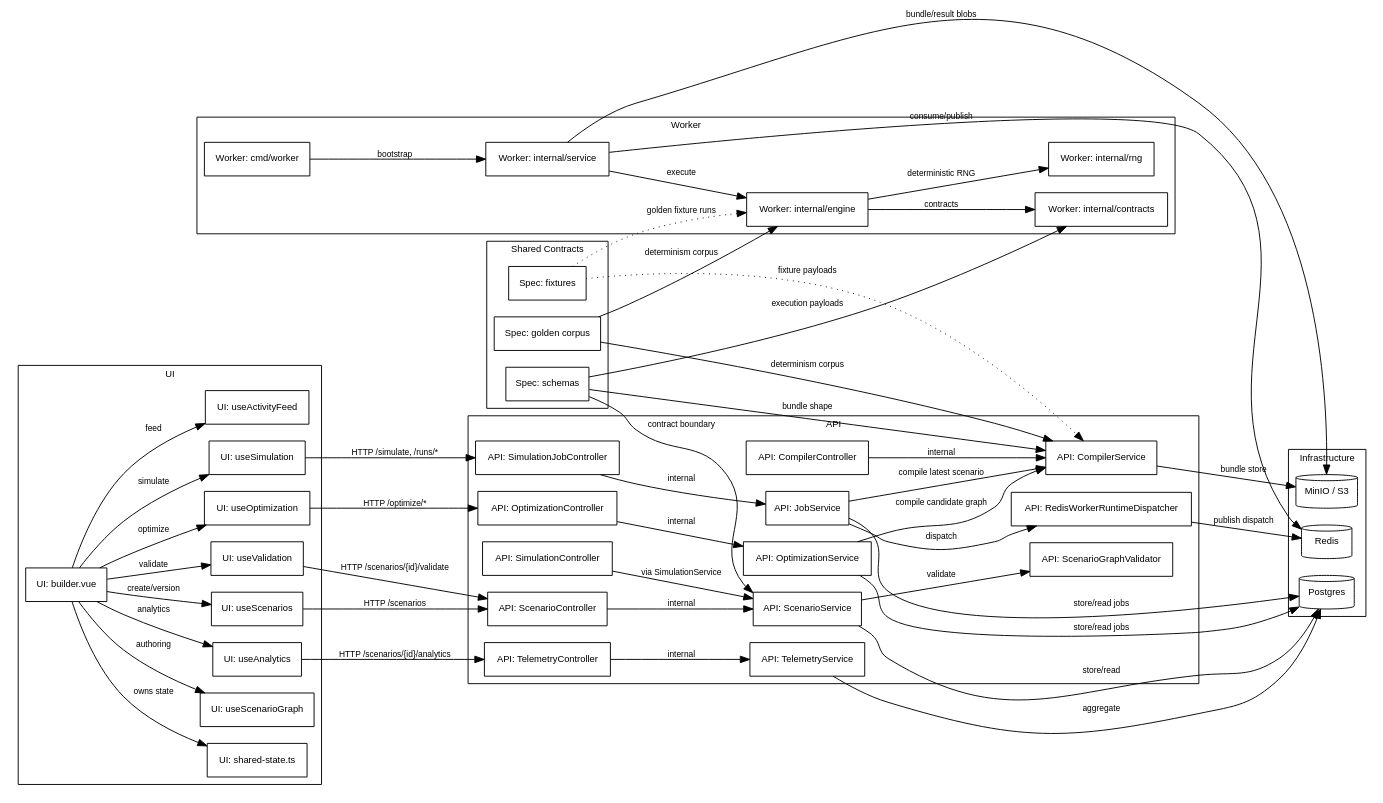
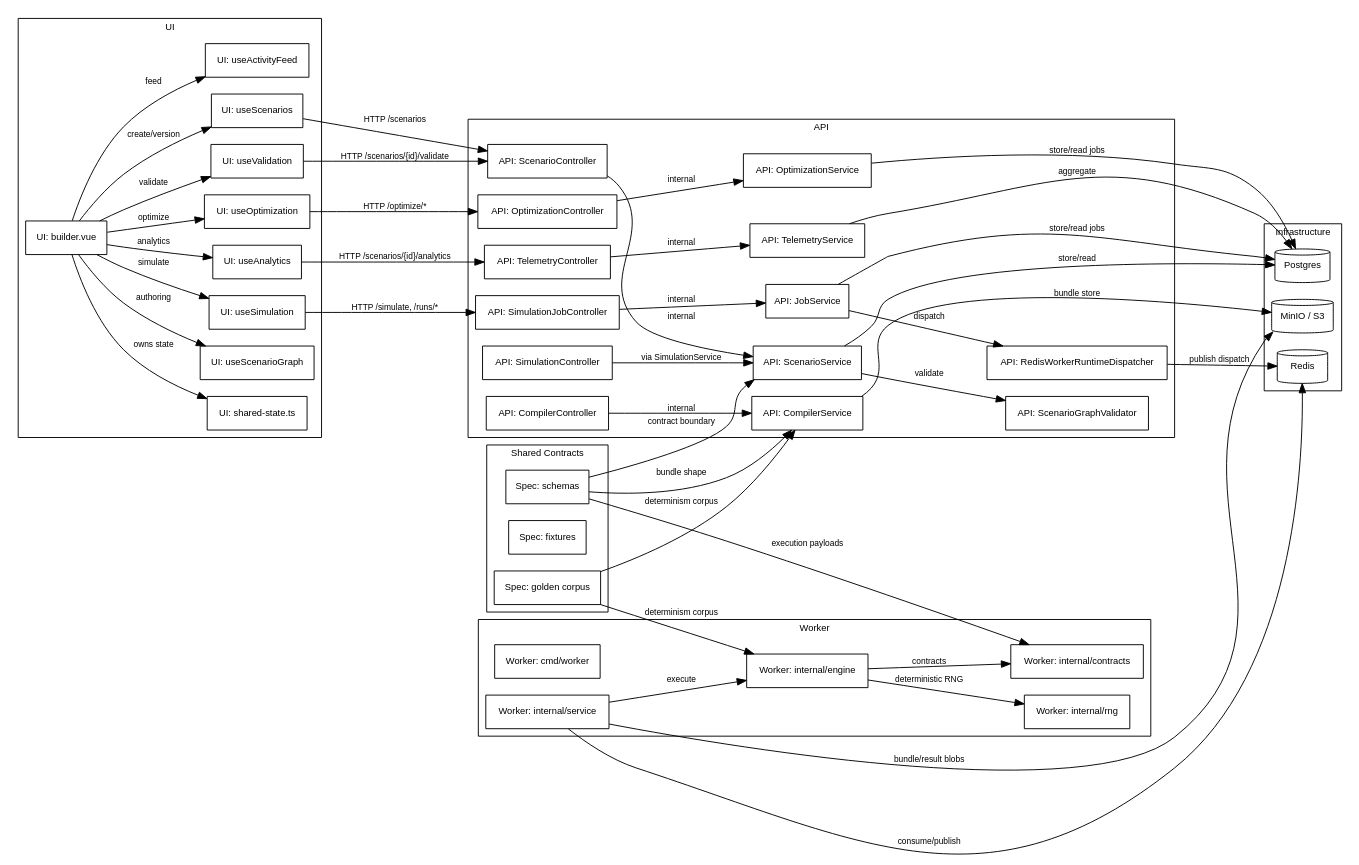
Before and after one commit to danagbemava/athanor: the diagram in docs/architecture/knowledge-graph.dot, drawn with Graphviz.

Commit message:
Finalize structural graph scope

```diff
--- a/docs/architecture/knowledge-graph.dot
+++ b/docs/architecture/knowledge-graph.dot
@@ -1,106 +1,101 @@
 digraph athanor_knowledge_graph {
   rankdir=LR;
   graph [fontsize=10, fontname="Helvetica", compound=true];
   node [shape=box, fontsize=10, fontname="Helvetica"];
   edge [fontsize=9, fontname="Helvetica"];
 
   subgraph cluster_ui {
     label="UI";
     builder [label="UI: builder.vue"];
     shared_state [label="UI: shared-state.ts"];
     use_graph [label="UI: useScenarioGraph"];
     use_validation [label="UI: useValidation"];
     use_scenarios [label="UI: useScenarios"];
     use_simulation [label="UI: useSimulation"];
     use_optimization [label="UI: useOptimization"];
     use_analytics [label="UI: useAnalytics"];
     use_activity [label="UI: useActivityFeed"];
   }
 
   subgraph cluster_api {
     label="API";
     scenario_controller [label="API: ScenarioController"];
     scenario_service [label="API: ScenarioService"];
     graph_validator [label="API: ScenarioGraphValidator"];
     compiler_controller [label="API: CompilerController"];
     compiler_service [label="API: CompilerService"];
     simulation_controller [label="API: SimulationController"];
     simulation_job_controller [label="API: SimulationJobController"];
     job_service [label="API: JobService"];
     optimization_controller [label="API: OptimizationController"];
     optimization_service [label="API: OptimizationService"];
     telemetry_controller [label="API: TelemetryController"];
     telemetry_service [label="API: TelemetryService"];
     redis_dispatcher [label="API: RedisWorkerRuntimeDispatcher"];
   }
 
   subgraph cluster_worker {
     label="Worker";
     worker_entry [label="Worker: cmd/worker"];
     worker_runtime [label="Worker: internal/service"];
     worker_engine [label="Worker: internal/engine"];
     worker_contracts [label="Worker: internal/contracts"];
     worker_rng [label="Worker: internal/rng"];
   }
 
   subgraph cluster_spec {
     label="Shared Contracts";
     spec_schemas [label="Spec: schemas"];
     spec_fixtures [label="Spec: fixtures"];
     spec_golden [label="Spec: golden corpus"];
   }
 
   subgraph cluster_infra {
     label="Infrastructure";
     postgres [label="Postgres", shape=cylinder];
     redis [label="Redis", shape=cylinder];
     minio [label="MinIO / S3", shape=cylinder];
   }
 
   builder -> shared_state [label="owns state"];
   builder -> use_graph [label="authoring"];
   builder -> use_validation [label="validate"];
   builder -> use_scenarios [label="create/version"];
   builder -> use_simulation [label="simulate"];
   builder -> use_optimization [label="optimize"];
   builder -> use_analytics [label="analytics"];
   builder -> use_activity [label="feed"];
 
   use_scenarios -> scenario_controller [label="HTTP /scenarios"];
   use_validation -> scenario_controller [label="HTTP /scenarios/{id}/validate"];
   use_simulation -> simulation_job_controller [label="HTTP /simulate, /runs/*"];
   use_optimization -> optimization_controller [label="HTTP /optimize/*"];
   use_analytics -> telemetry_controller [label="HTTP /scenarios/{id}/analytics"];
 
   scenario_controller -> scenario_service [label="internal"];
   scenario_service -> graph_validator [label="validate"];
   compiler_controller -> compiler_service [label="internal"];
-  job_service -> compiler_service [label="compile latest scenario"];
-  optimization_service -> compiler_service [label="compile candidate graph"];
   simulation_controller -> scenario_service [label="via SimulationService"];
   simulation_job_controller -> job_service [label="internal"];
   optimization_controller -> optimization_service [label="internal"];
   telemetry_controller -> telemetry_service [label="internal"];
   job_service -> redis_dispatcher [label="dispatch"];
-  worker_entry -> worker_runtime [label="bootstrap"];
 
   scenario_service -> postgres [label="store/read"];
   job_service -> postgres [label="store/read jobs"];
   optimization_service -> postgres [label="store/read jobs"];
   telemetry_service -> postgres [label="aggregate"];
   compiler_service -> minio [label="bundle store"];
   redis_dispatcher -> redis [label="publish dispatch"];
   worker_runtime -> redis [label="consume/publish"];
   worker_runtime -> minio [label="bundle/result blobs"];
   worker_runtime -> worker_engine [label="execute"];
   worker_engine -> worker_contracts [label="contracts"];
   worker_engine -> worker_rng [label="deterministic RNG"];
 
   spec_schemas -> scenario_service [label="contract boundary"];
   spec_schemas -> compiler_service [label="bundle shape"];
   spec_schemas -> worker_contracts [label="execution payloads"];
-  spec_fixtures -> compiler_service [style=dotted, label="fixture payloads"];
-  spec_fixtures -> worker_engine [style=dotted, label="golden fixture runs"];
   spec_golden -> compiler_service [label="determinism corpus"];
   spec_golden -> worker_engine [label="determinism corpus"];
 }
```
